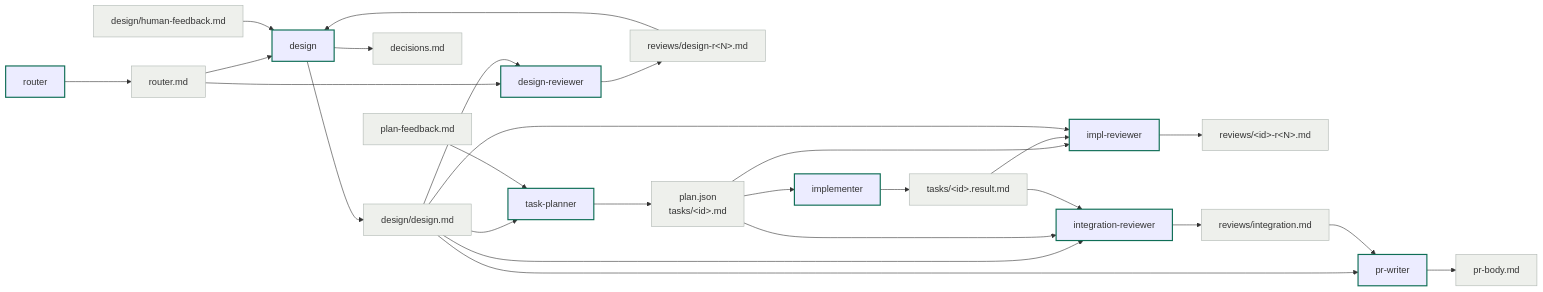
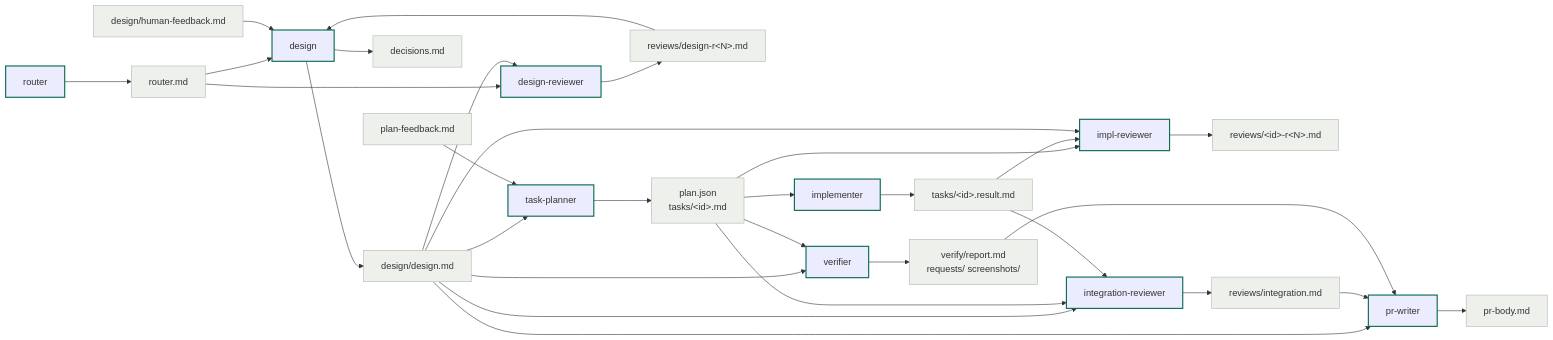
Before and after one commit to tamashiro-syuta/tama-cc-kit: the eighth of 12 diagrams in docs/tama-cc-devflow.md, drawn with Mermaid. The commit also changed other lines of this file and 17 other files, not shown here.

````diff
--- a/docs/tama-cc-devflow.md
+++ b/docs/tama-cc-devflow.md
@@ -412,35 +446,38 @@
 ```mermaid
 flowchart LR
     classDef agent stroke:#0f6e56,stroke-width:2px
     classDef file fill:#eef0ec,stroke:#aeb6b1
 
     rt[router.md]:::file
     dsg[design/design.md]:::file
     dec[decisions.md]:::file
     hfb[design/human-feedback.md]:::file
     drev["reviews/design-r&lt;N&gt;.md"]:::file
     pfb[plan-feedback.md]:::file
     plan["plan.json<br/>tasks/&lt;id&gt;.md"]:::file
     res["tasks/&lt;id&gt;.result.md"]:::file
     irev["reviews/&lt;id&gt;-r&lt;N&gt;.md"]:::file
     integ_md[reviews/integration.md]:::file
+    vrep["verify/report.md<br/>requests/ screenshots/"]:::file
     prb[pr-body.md]:::file
 
     router[router]:::agent
     design[design]:::agent
     dreview[design-reviewer]:::agent
     planner[task-planner]:::agent
     impl[implementer]:::agent
     ireview[impl-reviewer]:::agent
     integ[integration-reviewer]:::agent
+    verifier[verifier]:::agent
     prw[pr-writer]:::agent
 
     router --> rt
     rt & drev & hfb --> design --> dsg & dec
     rt & dsg --> dreview --> drev
     dsg & pfb --> planner --> plan
     plan --> impl --> res
     plan & res & dsg --> ireview --> irev
     dsg & plan & res --> integ --> integ_md
-    dsg & integ_md --> prw --> prb
+    dsg & plan --> verifier --> vrep
+    dsg & integ_md & vrep --> prw --> prb
 ```
````
